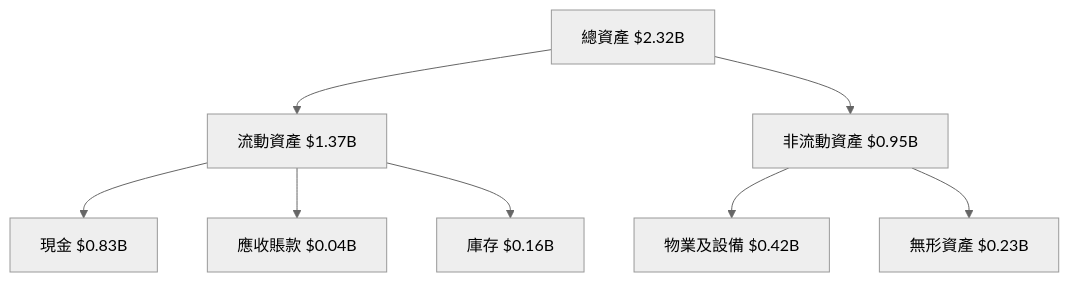
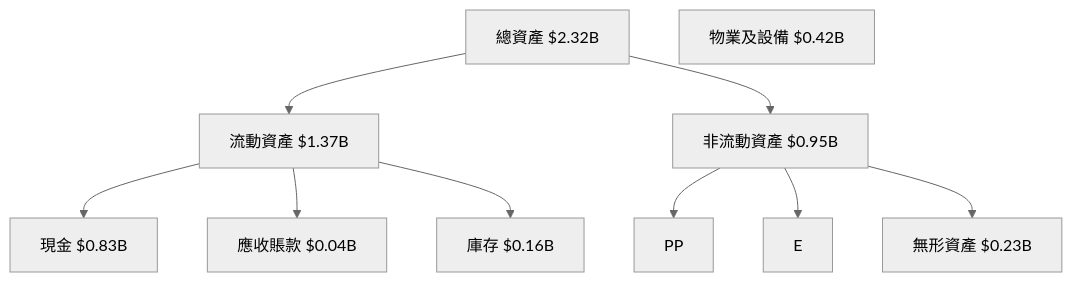
Before and after one commit to yennanliu/finance_data: the sixth of 14 diagrams in ai_gen_report/stock/rklb/fundamental_analysis_2026-05-09_openai.md, drawn with Mermaid (neutral theme). The commit also changed 2258 other files, not shown here.

First line of the commit message:
chore: backfill Mermaid syntax repair across existing reports

````diff
--- a/ai_gen_report/stock/rklb/fundamental_analysis_2026-05-09_openai.md
+++ b/ai_gen_report/stock/rklb/fundamental_analysis_2026-05-09_openai.md
@@ -257,21 +257,21 @@
 ```mermaid
 graph TD
     ASSETS["總資產 $2.32B"]
 
     CURRENT["流動資產 $1.37B"]
     NONCURRENT["非流動資產 $0.95B"]
 
     CASH["現金 $0.83B"]
     RECEIVABLES["應收賬款 $0.04B"]
     INVENTORY["庫存 $0.16B"]
     PP&E["物業及設備 $0.42B"]
     INTANGIBLES["無形資產 $0.23B"]
 
     ASSETS --> CURRENT
     ASSETS --> NONCURRENT
     CURRENT --> CASH
     CURRENT --> RECEIVABLES
     CURRENT --> INVENTORY
-    NONCURRENT --> PP&E
+    NONCURRENT --> PP  &  E
     NONCURRENT --> INTANGIBLES
 ```
````
